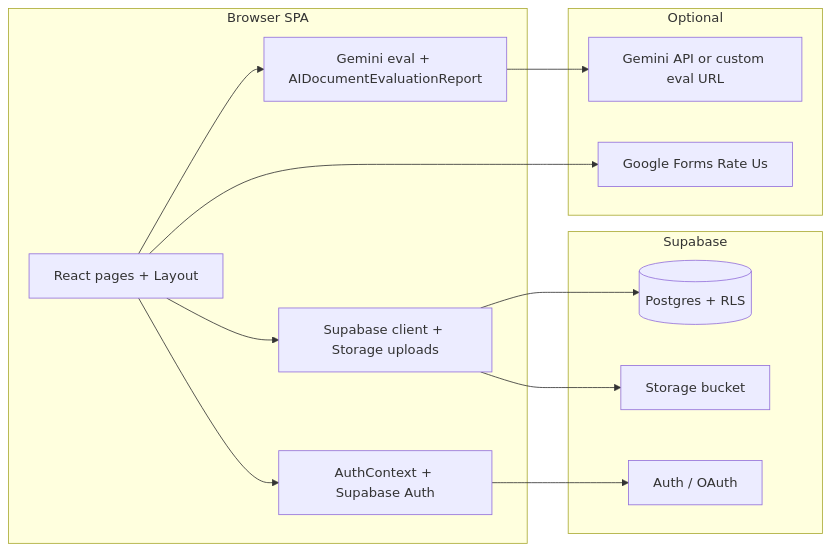
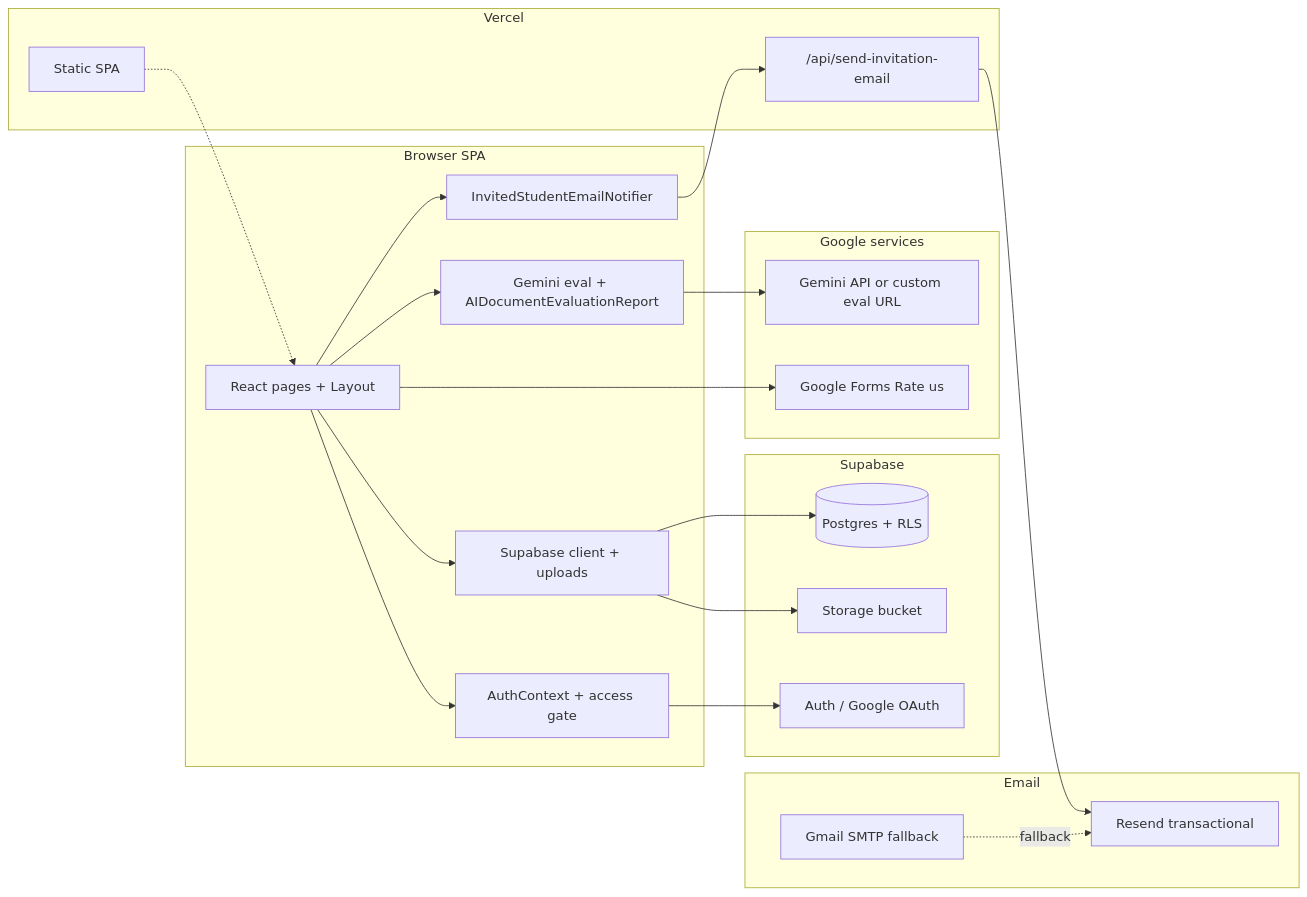
The diagram in README.md (Brawler612/Smart_Document_Evaluator), drawn with Mermaid before and after one commit. The commit also changed other lines of this file, not shown here.

````diff
--- a/README.md
+++ b/README.md
@@ -141,26 +99,40 @@
 ```mermaid
 flowchart LR
   subgraph client [Browser SPA]
     UI[React pages + Layout]
-    Auth[AuthContext + Supabase Auth]
-    Store[Supabase client + Storage uploads]
+    Auth[AuthContext + access gate]
+    Store[Supabase client + uploads]
     AI[Gemini eval + AIDocumentEvaluationReport]
+    Notifier[InvitedStudentEmailNotifier]
+  end
+  subgraph vercel [Vercel]
+    SPA[Static SPA]
+    Fn["/api/send-invitation-email"]
   end
   subgraph supa [Supabase]
     PG[(Postgres + RLS)]
     ST[Storage bucket]
-    SA[Auth / OAuth]
+    SA[Auth / Google OAuth]
   end
-  subgraph google [Optional]
+  subgraph google [Google services]
     GEM[Gemini API or custom eval URL]
-    FORM[Google Forms Rate Us]
+    FORM[Google Forms Rate us]
+  end
+  subgraph mail [Email]
+    RS[Resend transactional]
+    SMTP[Gmail SMTP fallback]
   end
   UI --> Auth
   UI --> Store
   UI --> AI
+  UI --> Notifier
+  Notifier --> Fn
+  Fn --> RS
   Auth --> SA
   Store --> PG
   Store --> ST
   AI --> GEM
   UI --> FORM
+  SPA -.-> UI
+  SMTP -.fallback.-> RS
 ```
````
